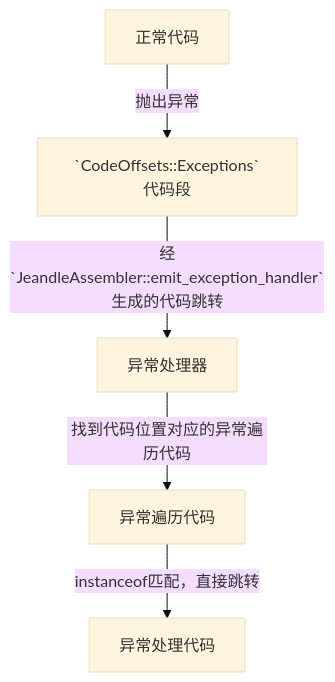
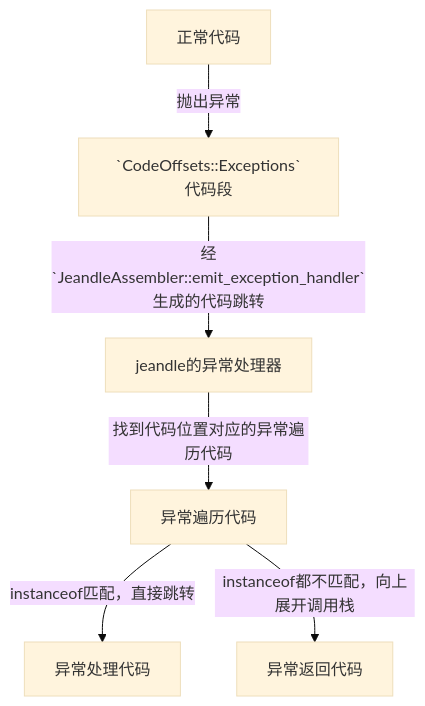
One commit to lgxbslgx/note changed the second of 3 diagrams in jeandle/source_note/exception_handler.md. Above: the diagram before and after it, drawn with Mermaid (base theme). The commit also changed other lines of this file and 1 other file, not shown here.

Commit message:
Adjust doc about exception handler

````diff
--- a/jeandle/source_note/exception_handler.md
+++ b/jeandle/source_note/exception_handler.md
@@ -51,7 +52,8 @@
 ```mermaid
 graph TD
     正常代码 --抛出异常--> `CodeOffsets::Exceptions`代码段
-    `CodeOffsets::Exceptions`代码段 --经`JeandleAssembler::emit_exception_handler`生成的代码跳转--> 异常处理器
-    异常处理器 --找到代码位置对应的异常遍历代码--> 异常遍历代码
+    `CodeOffsets::Exceptions`代码段 --经`JeandleAssembler::emit_exception_handler`生成的代码跳转--> jeandle的异常处理器
+    jeandle的异常处理器 --找到代码位置对应的异常遍历代码--> 异常遍历代码
     异常遍历代码 --instanceof匹配，直接跳转--> 异常处理代码
+    异常遍历代码 --instanceof都不匹配，向上展开调用栈 --> 异常返回代码
 ```
````
